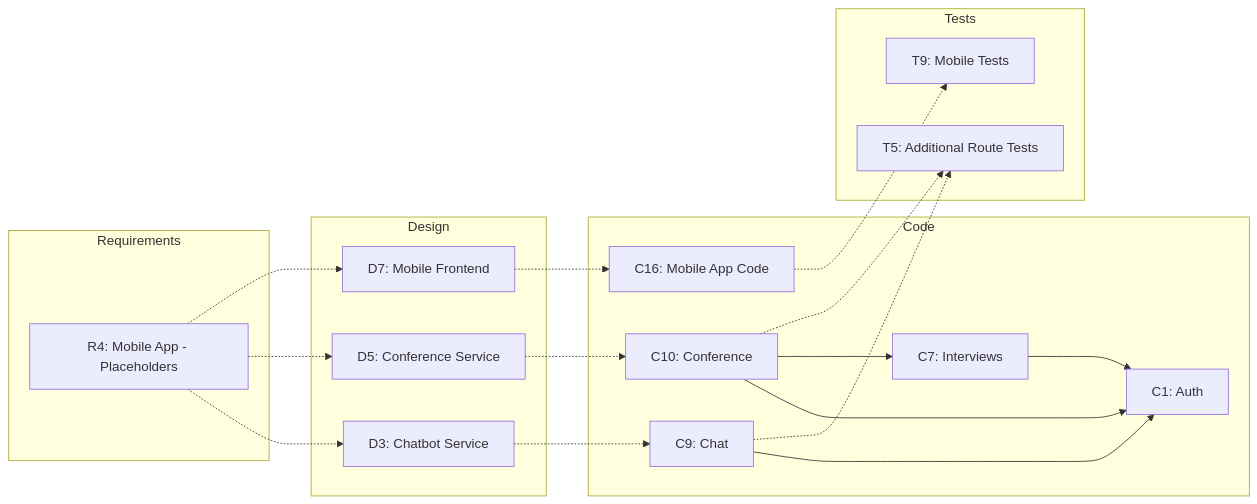
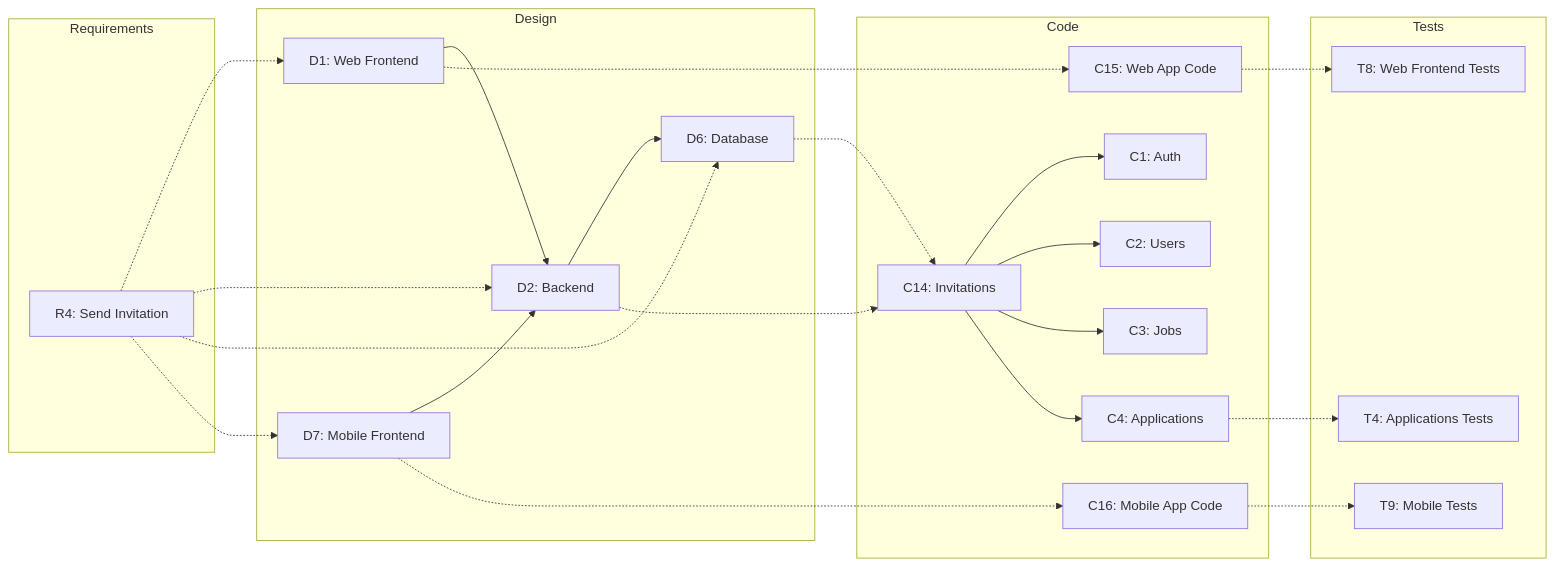
The fifth of 8 diagrams in D4_IMPACT_ANALYSIS.MD (outoft3n/2025-ITCS383-Chongyai), drawn with Mermaid before and after one commit. The commit also changed other lines of this file, not shown here.

````diff
--- a/D4_IMPACT_ANALYSIS.MD
+++ b/D4_IMPACT_ANALYSIS.MD
@@ -441,43 +466,53 @@
 ```mermaid
 graph LR
 
 subgraph Requirements
-R4[R4: Mobile App - Placeholders]
+R4[R4: Send Invitation]
 end
 
 subgraph Design
-D3[D3: Chatbot Service]
-D5[D5: Conference Service]
+D1[D1: Web Frontend]
+D2[D2: Backend]
+D6[D6: Database]
 D7[D7: Mobile Frontend]
 end
 
 subgraph Code
 C1[C1: Auth]
-C7[C7: Interviews]
-C9[C9: Chat]
-C10[C10: Conference]
+C2[C2: Users]
+C3[C3: Jobs]
+C4[C4: Applications]
+C14[C14: Invitations]
+C15[C15: Web App Code]
 C16[C16: Mobile App Code]
 end
 
 subgraph Tests
-T5[T5: Additional Route Tests]
+T4[T4: Applications Tests]
+T8[T8: Web Frontend Tests]
 T9[T9: Mobile Tests]
 end
 
-R4 -.-> D3
-R4 -.-> D5
+R4 -.-> D1
+R4 -.-> D2
+R4 -.-> D6
 R4 -.-> D7
 
-D3 -.-> C9
-D5 -.-> C10
+D1 --> D2
+D7 --> D2
+D2 --> D6
+
+D2 -.-> C14
+D6 -.-> C14
+D1 -.-> C15
 D7 -.-> C16
 
-C9 --> C1
-C10 --> C1
-C10 --> C7
-C7 --> C1
+C14 --> C1
+C14 --> C2
+C14 --> C3
+C14 --> C4
 
-C9 -.-> T5
-C10 -.-> T5
+C4 -.-> T4
+C15 -.-> T8
 C16 -.-> T9
 ```
````
